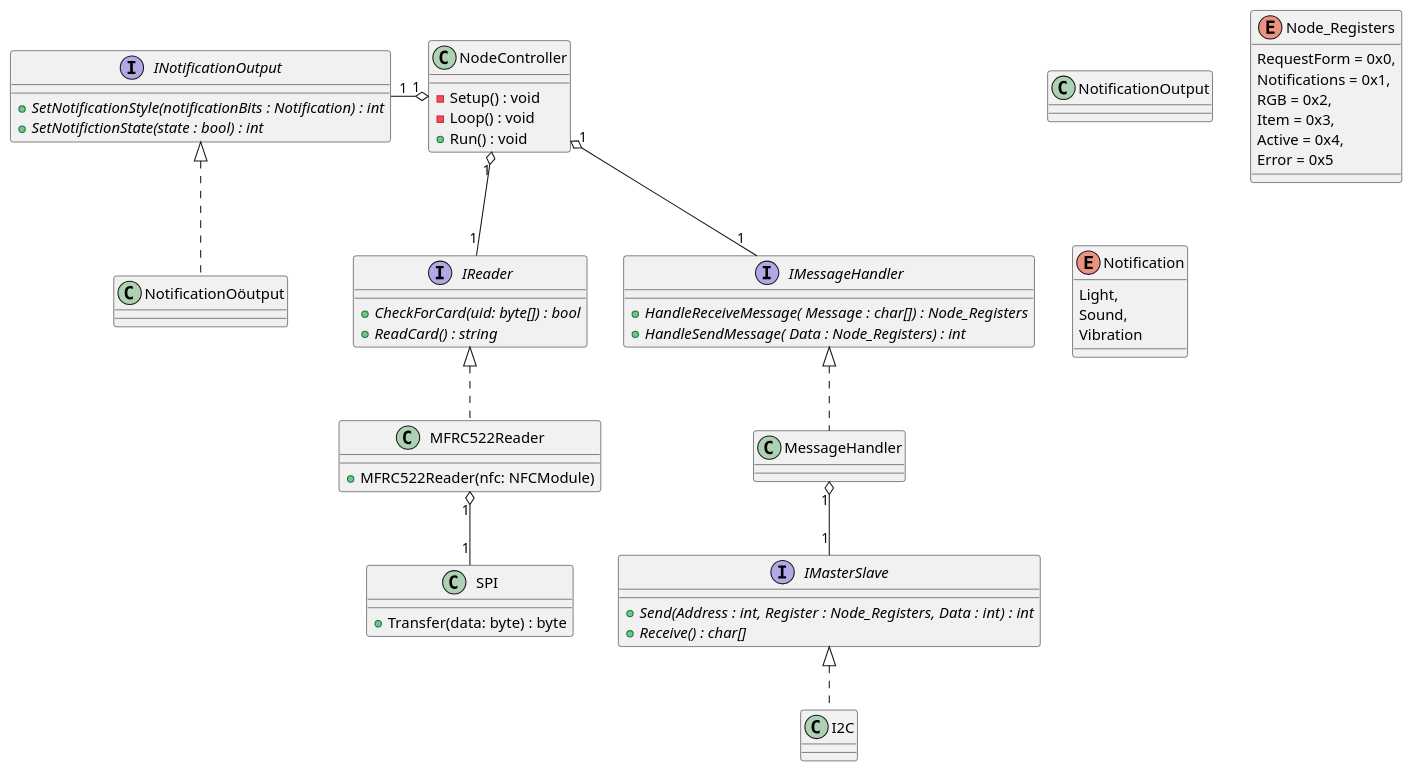
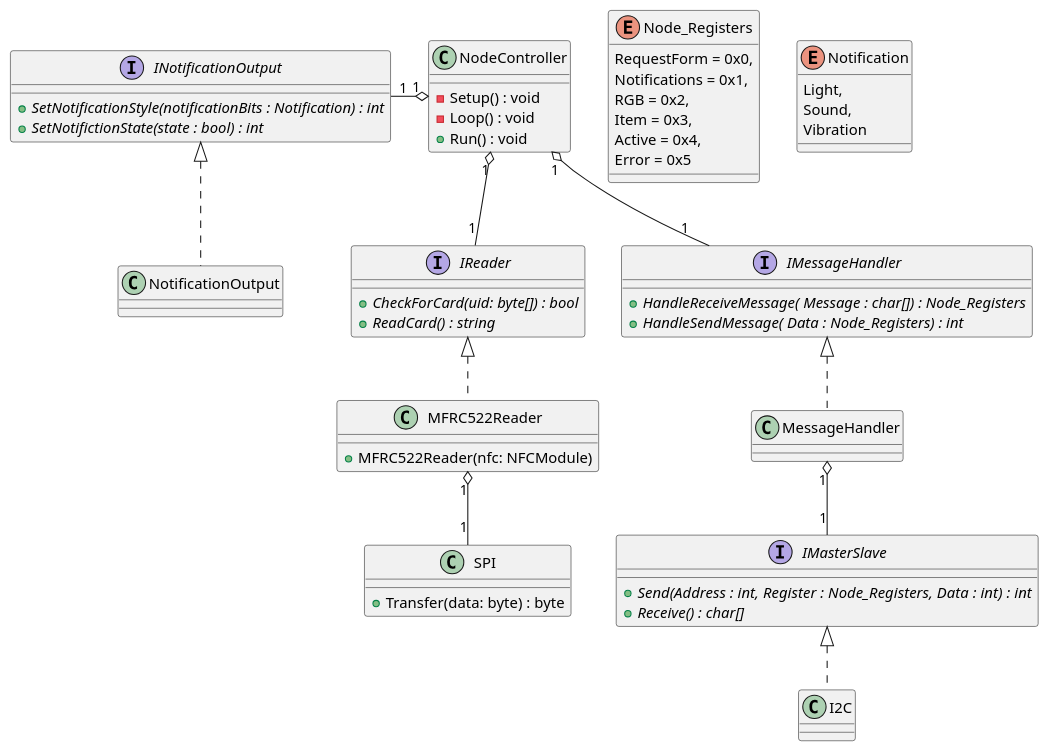
Before and after one commit to T3-FindIt/FindIt: the diagram in Designs/Arduino nano/Class diagram Reader.wsd, drawn with PlantUML. The commit also changed 8 other files, not shown here.

Commit message:
Sequence Diagrams Reader, Sequence Diagrams Writer en Class Diagram Writers gemaakt.

```diff
--- a/Designs/Arduino nano/Class diagram Reader.wsd
+++ b/Designs/Arduino nano/Class diagram Reader.wsd
@@ -1,79 +1,79 @@
 @startuml
 
 Class NodeController
 {
     {method} - Setup() : void 
     {method} - Loop() : void
     {method} + Run() : void
 }
 
 Interface IMasterSlave
 {
     {abstract} + Send(Address : int, Register : Node_Registers, Data : int)  : int
     {abstract} + Receive() : char[]
 }
 
 Interface INotificationOutput
 {
     {abstract} + SetNotificationStyle(notificationBits : Notification) : int
     {abstract} + SetNotifictionState(state : bool) : int
 }
 
 class NotificationOutput
 {
 }
 
 class SPI {
    {method} + Transfer(data: byte) : byte
 }
 
 interface IReader {
     {abstract} + CheckForCard(uid: byte[]) : bool
     {abstract} + ReadCard() : string
 }
 
 class MFRC522Reader {
     {method} + MFRC522Reader(nfc: NFCModule)
 }
 
 interface IMessageHandler {
     {abstract} + HandleReceiveMessage( Message : char[]) : Node_Registers
     {abstract} + HandleSendMessage( Data : Node_Registers) : int
 }
 
 class MessageHandler {
 }
 
 enum Node_Registers
 {
     RequestForm = 0x0,
     Notifications = 0x1,
     RGB = 0x2,
     Item = 0x3,
     Active = 0x4,
     Error = 0x5
 }
 
 enum Notification
 {
     Light,
     Sound,
     Vibration
 }
 
 NodeController "1" o-left- "1" INotificationOutput
 NodeController "1" o-- "1" IReader
 NodeController "1" o-- "1" IMessageHandler
 
 IMessageHandler <|.. MessageHandler
 
 MessageHandler "1" o-- "1" IMasterSlave
 
-INotificationOutput <|.. NotificationOöutput
+INotificationOutput <|.. NotificationOutput
 
 IMasterSlave <|.. I2C
 
 IReader <|.. MFRC522Reader
 MFRC522Reader "1" o-- "1" SPI
 
 @enduml
```
